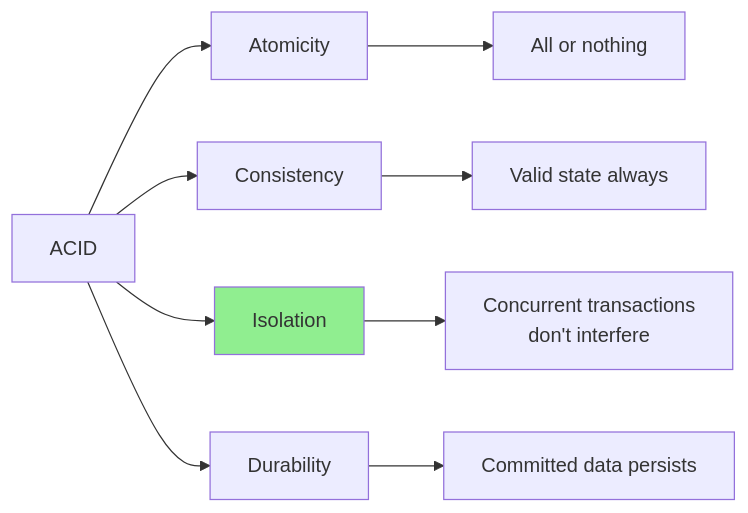
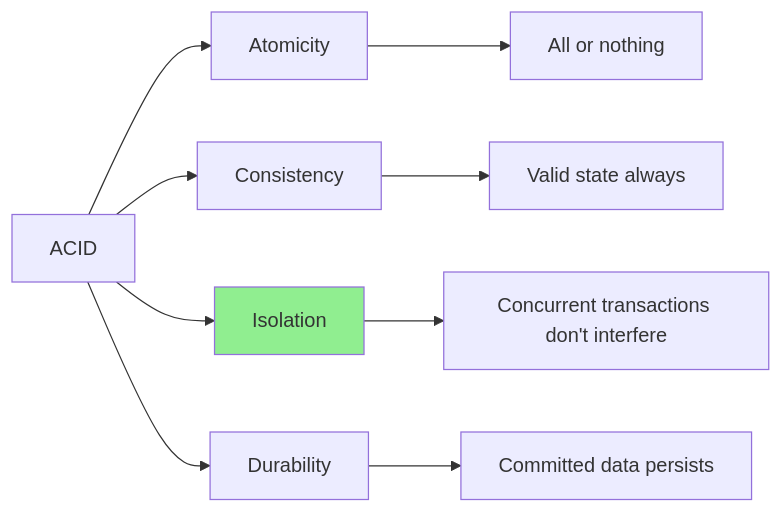
One commit to p1kmr/for-reading changed the eighth of 39 diagrams in Distributed_Concurrency_Control_Guide.md. Above: the diagram before and after it, drawn with Mermaid. The commit also changed other lines of this file and 2 other files, not shown here.

Commit message:
Fix Mermaid rendering issues in Databases and Message Queues guides by simplifying complex diagrams

````diff
--- a/Distributed_Concurrency_Control_Guide.md
+++ b/Distributed_Concurrency_Control_Guide.md
@@ -257,14 +257,14 @@
 ```mermaid
 graph LR
     A[ACID] --> B[Atomicity]
     A --> C[Consistency]
     A --> D[Isolation]
     A --> E[Durability]
 
     B --> F[All or nothing]
     C --> G[Valid state always]
-    D --> H[Concurrent transactions<br/>don't interfere]
+    D --> H[Concurrent transactions don't interfere]
     E --> I[Committed data persists]
 
     style D fill:#90EE90
 ```
````
